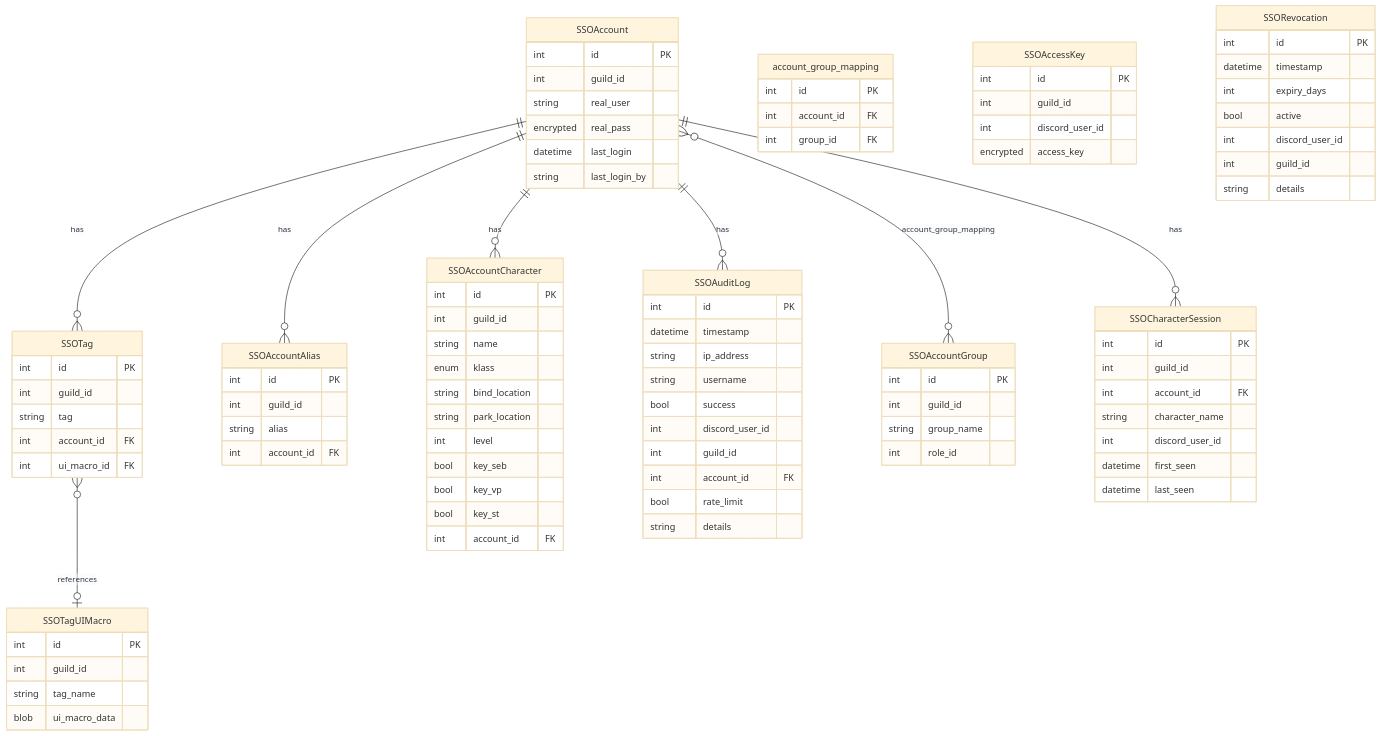
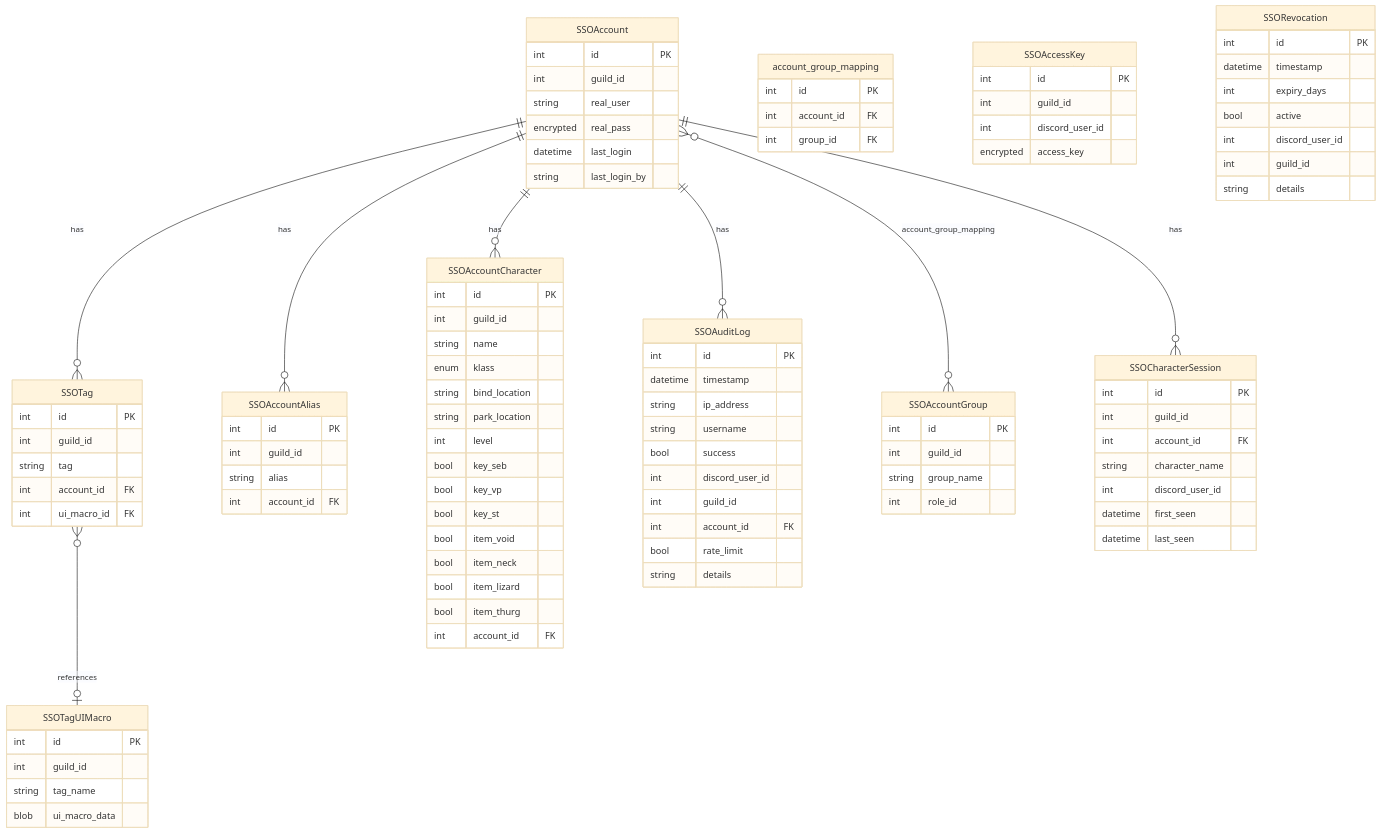
One commit to eq-p99-tools/roboToald changed the diagram in erd/sso_schema.md. Above: the diagram before and after it, drawn with Mermaid (base theme). The commit also changed other lines of this file and 8 other files, not shown here.

```diff
--- a/erd/sso_schema.md
+++ b/erd/sso_schema.md
@@ -78,6 +78,10 @@
         bool key_seb
         bool key_vp
         bool key_st
+        bool item_void
+        bool item_neck
+        bool item_lizard
+        bool item_thurg
         int account_id FK
     }
 
```
